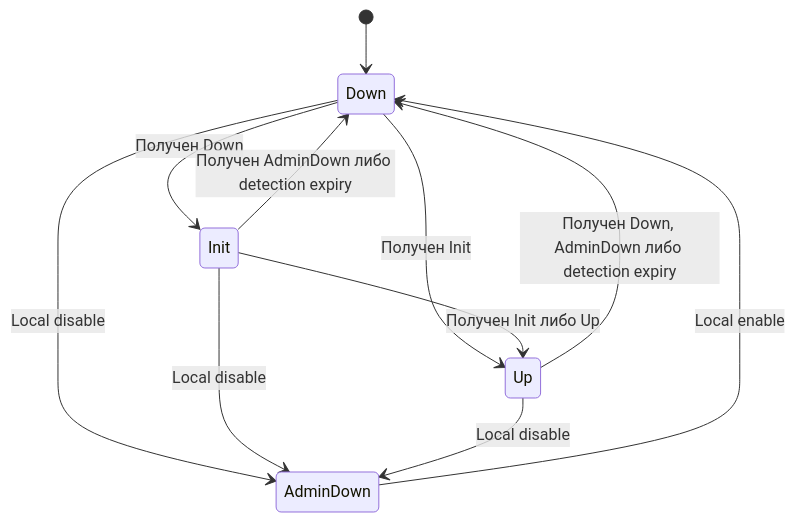
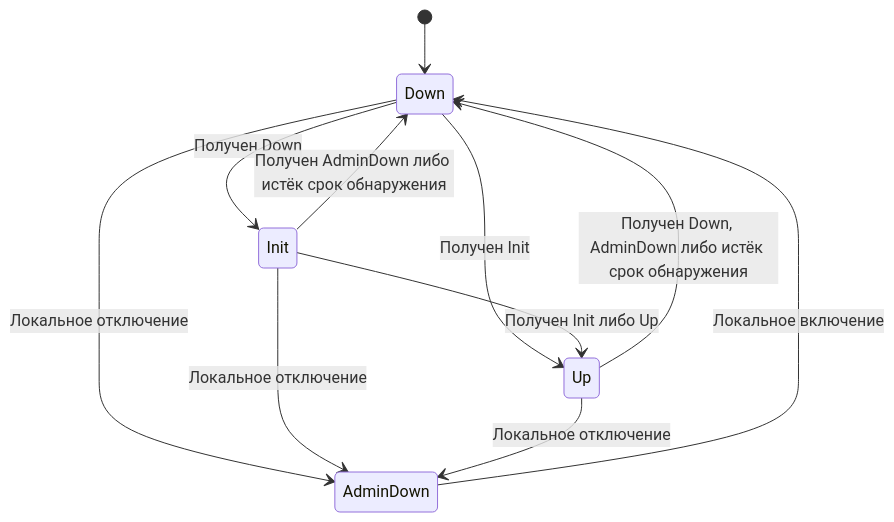
The first of 2 diagrams in docs/ru/02-protocol.md (dantte-lp/gobfd), drawn with Mermaid before and after one commit. The commit also changed other lines of this file and 52 other files, not shown here.

````diff
--- a/docs/ru/02-protocol.md
+++ b/docs/ru/02-protocol.md
@@ -28,13 +30,13 @@
 ```mermaid
 stateDiagram-v2
     [*] --> Down
     Down --> Init: Получен Down
     Down --> Up: Получен Init
     Init --> Up: Получен Init либо Up
-    Init --> Down: Получен AdminDown либо detection expiry
-    Up --> Down: Получен Down, AdminDown либо detection expiry
-    Down --> AdminDown: Local disable
-    Init --> AdminDown: Local disable
-    Up --> AdminDown: Local disable
-    AdminDown --> Down: Local enable
+    Init --> Down: Получен AdminDown либо истёк срок обнаружения
+    Up --> Down: Получен Down, AdminDown либо истёк срок обнаружения
+    Down --> AdminDown: Локальное отключение
+    Init --> AdminDown: Локальное отключение
+    Up --> AdminDown: Локальное отключение
+    AdminDown --> Down: Локальное включение
 ```
````
